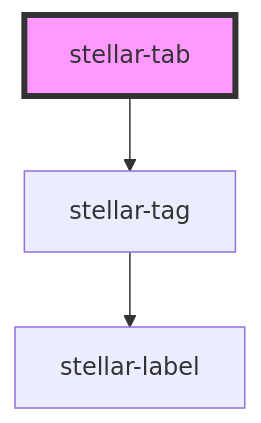
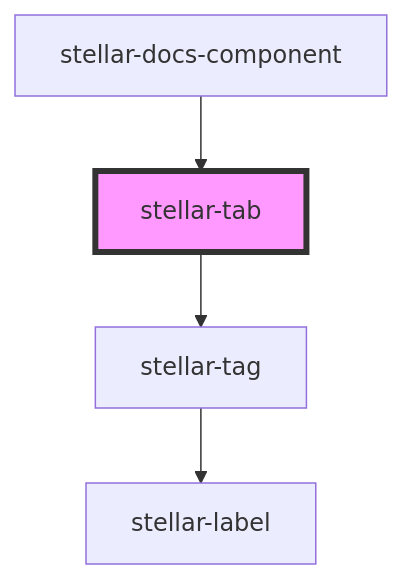
Before and after one commit to splitinfinities/Stellar: the diagram in src/components/ui/tab/readme.md, drawn with Mermaid. The commit also changed other lines of this file and 50 other files, not shown here.

````diff
--- a/src/components/ui/tab/readme.md
+++ b/src/components/ui/tab/readme.md
@@ -34,6 +38,7 @@
 ```mermaid
 graph TD;
   stellar-tab --> stellar-tag
   stellar-tag --> stellar-label
+  stellar-docs-component --> stellar-tab
   style stellar-tab fill:#f9f,stroke:#333,stroke-width:4px
 ```
````
